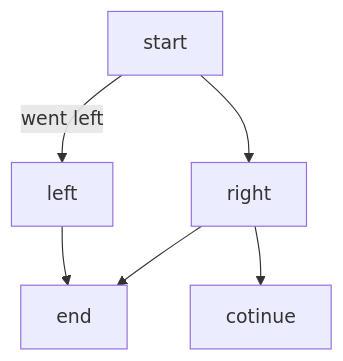
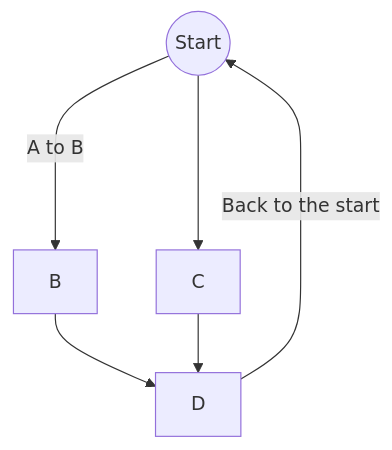
One commit to gordoncm/ips changed the diagram in README.md. Above: the diagram before and after it, drawn with Mermaid.

````diff
--- a/README.md
+++ b/README.md
@@ -1,8 +1,8 @@
 ```mermaid
 flowchart TB;
-    A[start]-->|went left|B[left];
-    A-->C[right];
-    B-->D[end];
-    C-->D;
-    C-->E[cotinue];
+A((Start))--A to B--->B;
+A-->C;
+B-->D;
+C-->D;
+D--Back to the start--->A;
 ```
````
